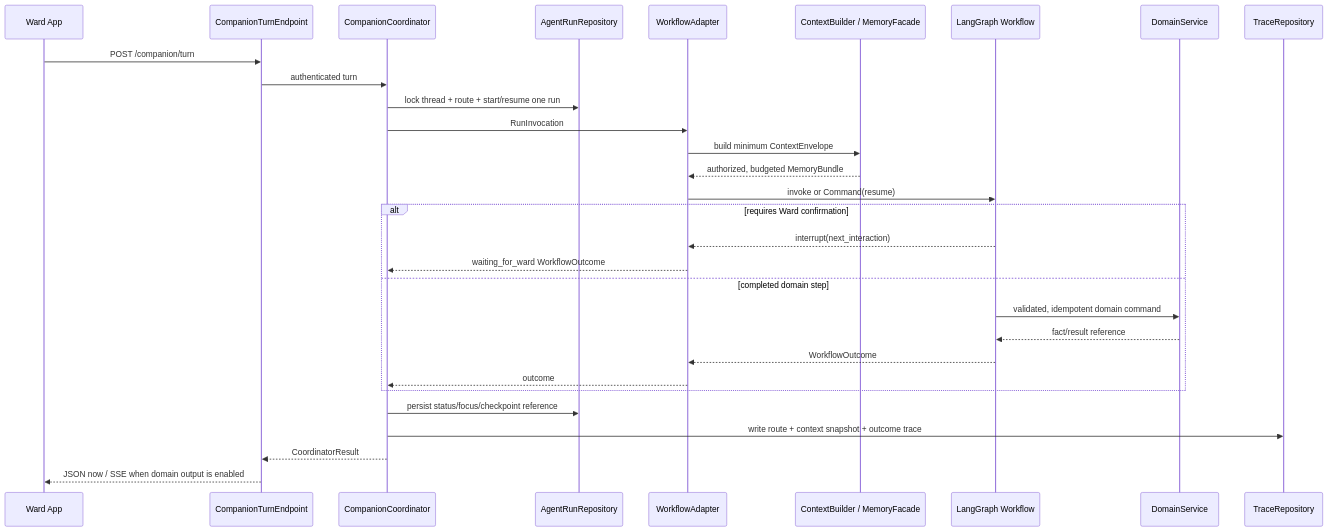
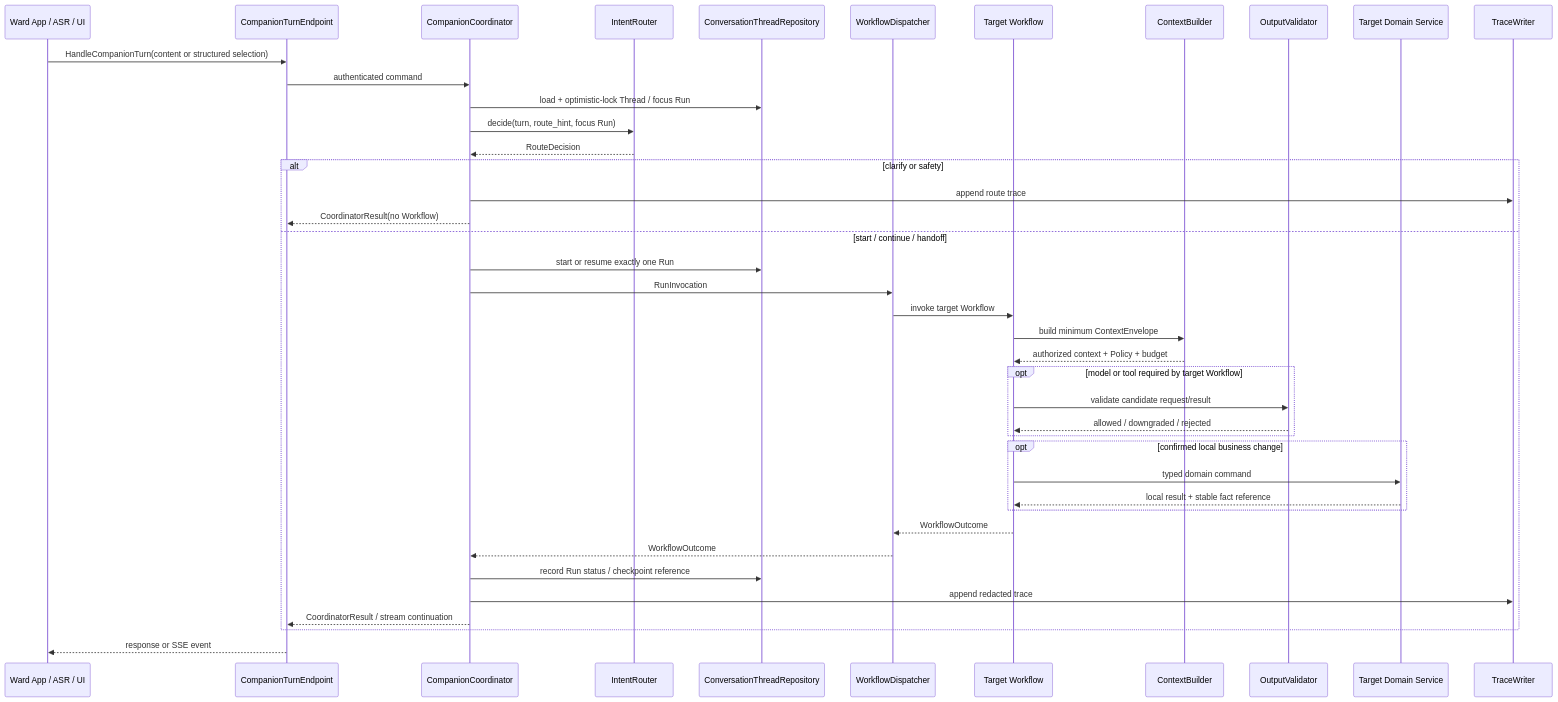
The third of 4 diagrams in docs/technical/design-agent.md (johanchow/duxue), drawn with Mermaid before and after one commit. The commit also changed other lines of this file and 37 other files, not shown here.

````diff
--- a/docs/technical/design-agent.md
+++ b/docs/technical/design-agent.md
@@ -271,33 +214,44 @@
 ```mermaid
 sequenceDiagram
-    participant App as Ward App
-    participant API as CompanionTurnEndpoint
+    participant W as Ward App / ASR / UI
+    participant E as CompanionTurnEndpoint
     participant C as CompanionCoordinator
-    participant R as AgentRunRepository
-    participant A as WorkflowAdapter
-    participant B as ContextBuilder / MemoryFacade
-    participant G as LangGraph Workflow
-    participant D as DomainService
-    participant T as TraceRepository
+    participant R as IntentRouter
+    participant TR as ConversationThreadRepository
+    participant D as WorkflowDispatcher
+    participant F as Target Workflow
+    participant B as ContextBuilder
+    participant V as OutputValidator
+    participant DS as Target Domain Service
+    participant T as TraceWriter
 
-    App->>API: POST /companion/turn
-    API->>C: authenticated turn
-    C->>R: lock thread + route + start/resume one run
-    C->>A: RunInvocation
-    A->>B: build minimum ContextEnvelope
-    B-->>A: authorized, budgeted MemoryBundle
-    A->>G: invoke or Command(resume)
-    alt requires Ward confirmation
-        G-->>A: interrupt(next_interaction)
-        A-->>C: waiting_for_ward WorkflowOutcome
-    else completed domain step
-        G->>D: validated, idempotent domain command
-        D-->>G: fact/result reference
-        G-->>A: WorkflowOutcome
-        A-->>C: outcome
+    W->>E: HandleCompanionTurn(content or structured selection)
+    E->>C: authenticated command
+    C->>TR: load + optimistic-lock Thread / focus Run
+    C->>R: decide(turn, route_hint, focus Run)
+    R-->>C: RouteDecision
+    alt clarify or safety
+        C->>T: append route trace
+        C-->>E: CoordinatorResult(no Workflow)
+    else start / continue / handoff
+        C->>TR: start or resume exactly one Run
+        C->>D: RunInvocation
+        D->>F: invoke target Workflow
+        F->>B: build minimum ContextEnvelope
+        B-->>F: authorized context + Policy + budget
+        opt model or tool required by target Workflow
+            F->>V: validate candidate request/result
+            V-->>F: allowed / downgraded / rejected
+        end
+        opt confirmed local business change
+            F->>DS: typed domain command
+            DS-->>F: local result + stable fact reference
+        end
+        F-->>D: WorkflowOutcome
+        D-->>C: WorkflowOutcome
+        C->>TR: record Run status / checkpoint reference
+        C->>T: append redacted trace
+        C-->>E: CoordinatorResult / stream continuation
     end
-    C->>R: persist status/focus/checkpoint reference
-    C->>T: write route + context snapshot + outcome trace
-    C-->>API: CoordinatorResult
-    API-->>App: JSON now / SSE when domain output is enabled
+    E-->>W: response or SSE event
 ```
````
